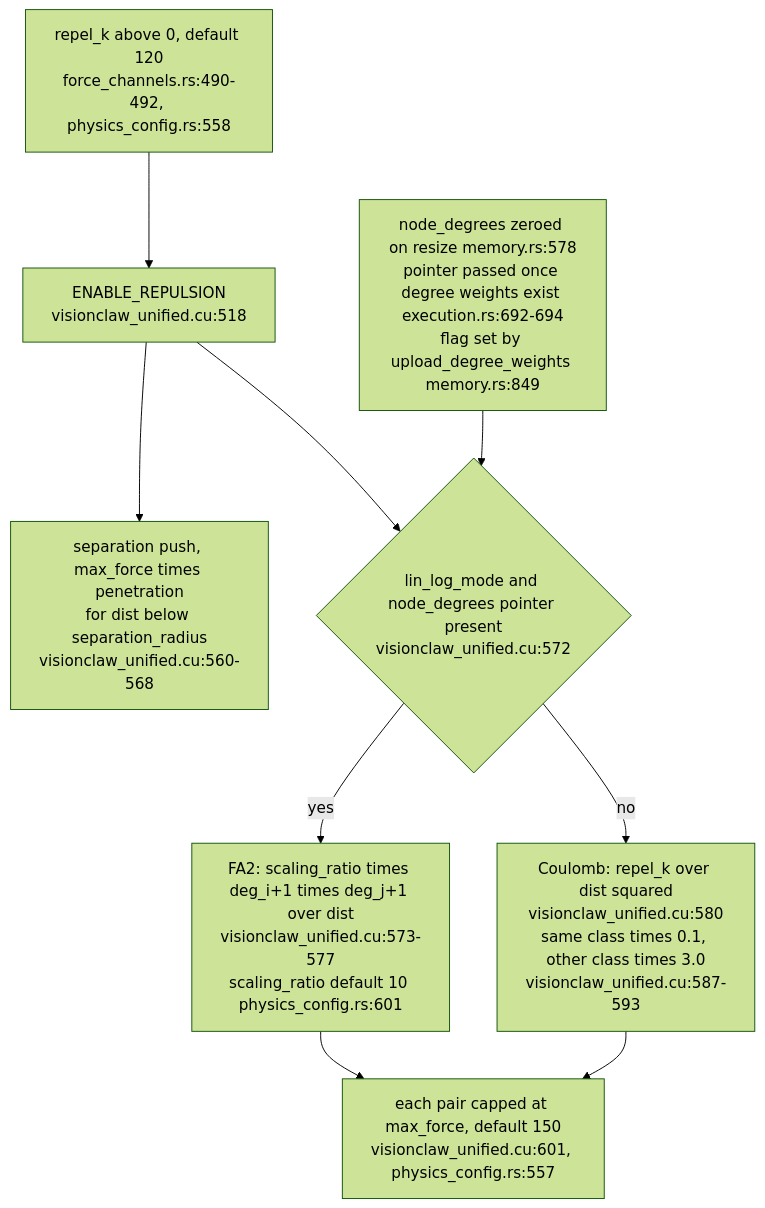
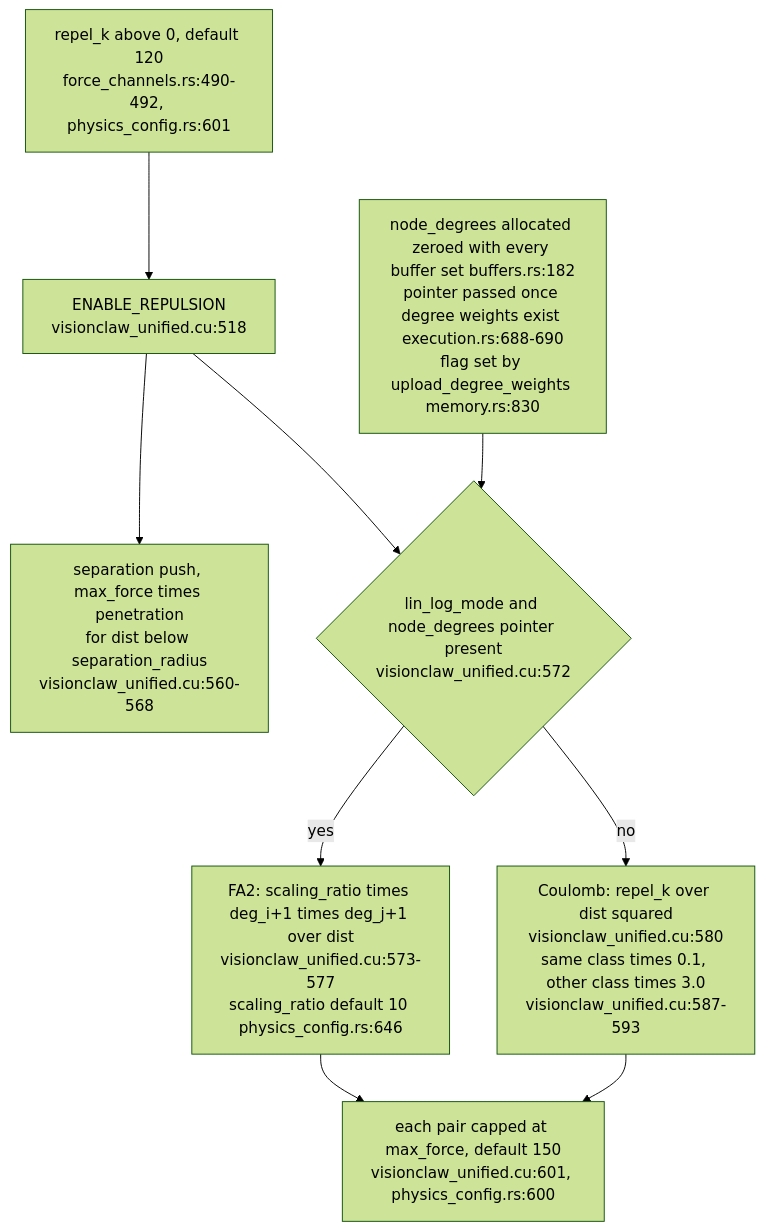
One commit to DreamLab-AI/VisionFlow changed the second of 5 diagrams in docs/diagrams/visionclaw/59-force-terms-and-where-configured.md. Above: the diagram before and after it, drawn with Mermaid (forest theme). The commit also changed other lines of this file and 3 other files, not shown here.

First line of the commit message:
docs(diagrams): roll VC-58..61 to visionclaw main 010e1109b (PR 37 and 38 merged)

````diff
--- a/docs/diagrams/visionclaw/59-force-terms-and-where-configured.md
+++ b/docs/diagrams/visionclaw/59-force-terms-and-where-configured.md
@@ -55,11 +57,11 @@
 ```mermaid
 flowchart TB
-    REPK["repel_k above 0, default 120<br/>force_channels.rs:490-492, physics_config.rs:558"] --> RFLAG["ENABLE_REPULSION<br/>visionclaw_unified.cu:518"]
+    REPK["repel_k above 0, default 120<br/>force_channels.rs:490-492, physics_config.rs:601"] --> RFLAG["ENABLE_REPULSION<br/>visionclaw_unified.cu:518"]
     RFLAG --> SEP["separation push, max_force times penetration<br/>for dist below separation_radius<br/>visionclaw_unified.cu:560-568"]
     RFLAG --> WHICH{"lin_log_mode and node_degrees pointer present<br/>visionclaw_unified.cu:572"}
-    WHICH -->|"yes"| FA2["FA2: scaling_ratio times deg_i+1 times deg_j+1 over dist<br/>visionclaw_unified.cu:573-577<br/>scaling_ratio default 10 physics_config.rs:601"]
+    WHICH -->|"yes"| FA2["FA2: scaling_ratio times deg_i+1 times deg_j+1 over dist<br/>visionclaw_unified.cu:573-577<br/>scaling_ratio default 10 physics_config.rs:646"]
     WHICH -->|"no"| COUL["Coulomb: repel_k over dist squared<br/>visionclaw_unified.cu:580<br/>same class times 0.1, other class times 3.0<br/>visionclaw_unified.cu:587-593"]
-    FA2 --> CAP["each pair capped at max_force, default 150<br/>visionclaw_unified.cu:601, physics_config.rs:557"]
+    FA2 --> CAP["each pair capped at max_force, default 150<br/>visionclaw_unified.cu:601, physics_config.rs:600"]
     COUL --> CAP
-    DEG["node_degrees zeroed on resize memory.rs:578<br/>pointer passed once degree weights exist execution.rs:692-694<br/>flag set by upload_degree_weights memory.rs:849"] --> WHICH
+    DEG["node_degrees allocated zeroed with every buffer set buffers.rs:182<br/>pointer passed once degree weights exist execution.rs:688-690<br/>flag set by upload_degree_weights memory.rs:830"] --> WHICH
 ```
````
